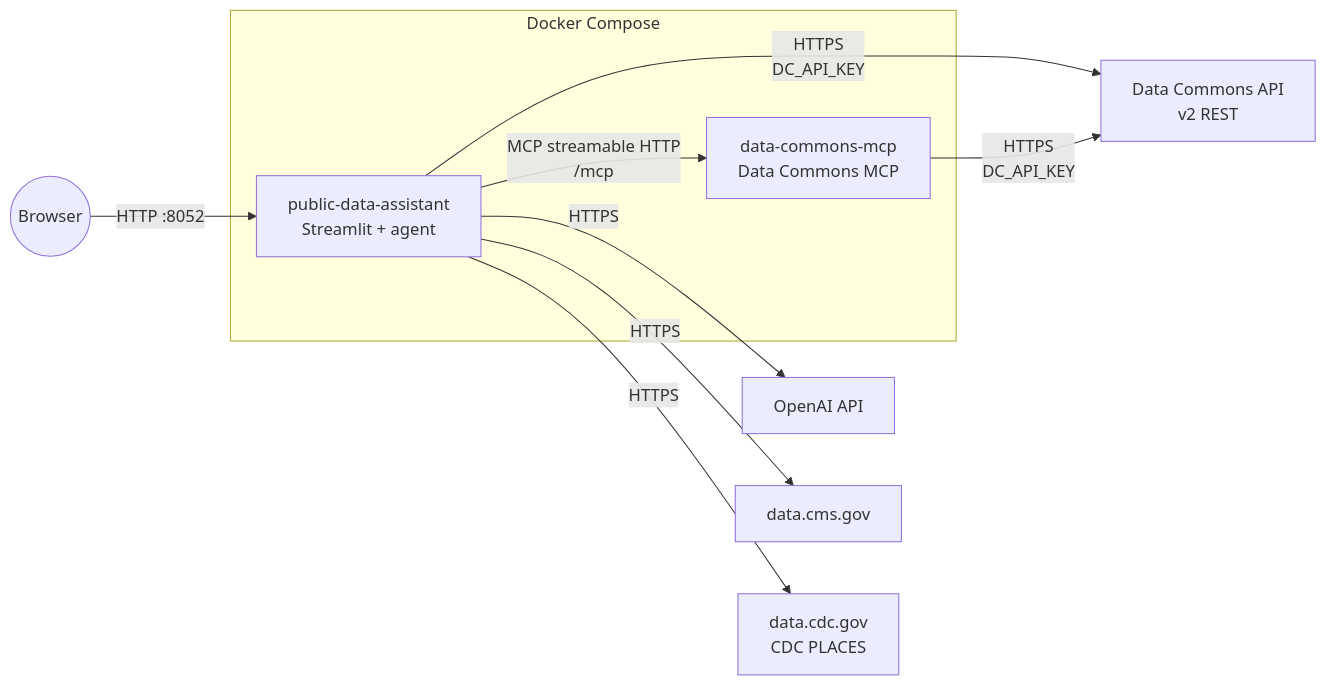
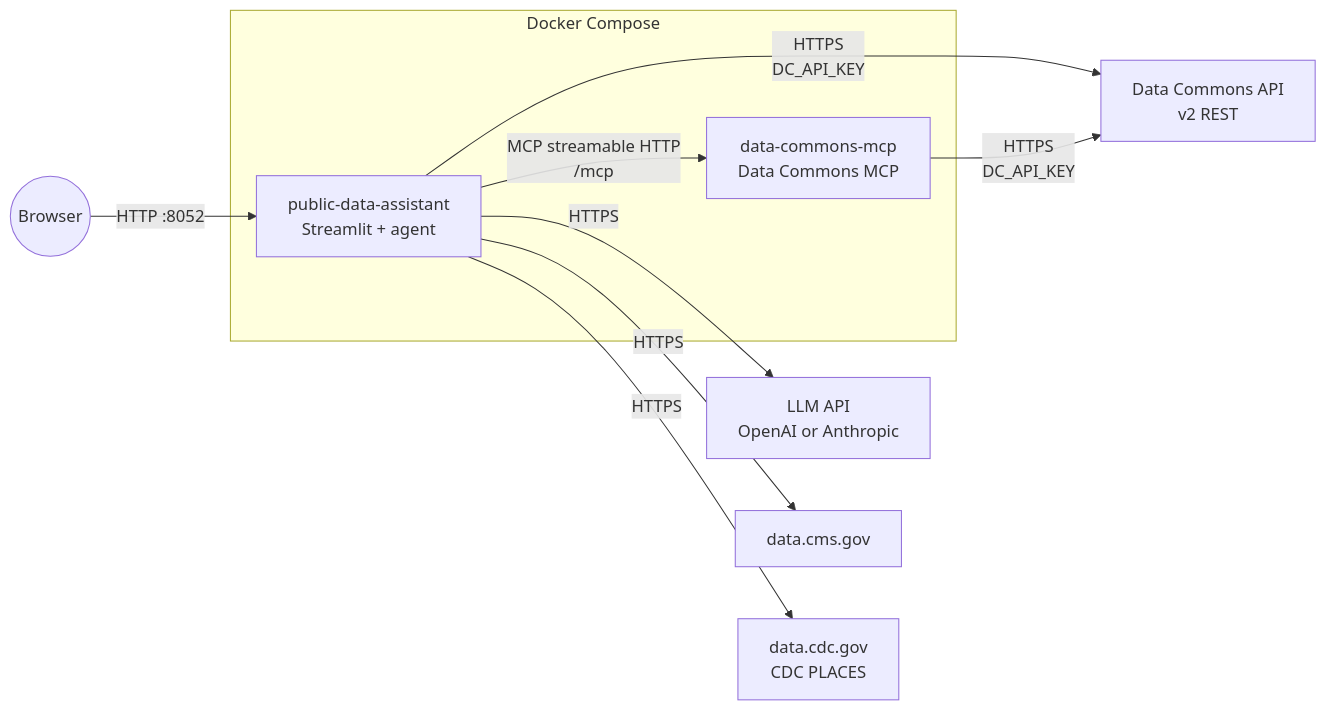
The first of 2 diagrams in documentation/architecture.md (SocialHealthAI/SDoH-Public-Data-Assistant), drawn with Mermaid before and after one commit. The commit also changed other lines of this file and 134 other files, not shown here.

````diff
--- a/documentation/architecture.md
+++ b/documentation/architecture.md
@@ -9,21 +9,21 @@
 ```mermaid
 flowchart LR
   subgraph Docker_Compose["Docker Compose"]
     DC["public-data-assistant<br/>Streamlit + agent"]
     MCP["data-commons-mcp<br/>Data Commons MCP"]
   end
 
   Browser((Browser))
-  OpenAI["OpenAI API"]
+  LLM["LLM API<br/>OpenAI or Anthropic"]
   DCAPI["Data Commons API<br/>v2 REST"]
   CMS["data.cms.gov"]
   PLACES["data.cdc.gov<br/>CDC PLACES"]
 
   Browser -- "HTTP :8052" --> DC
   DC -- "MCP streamable HTTP<br/>/mcp" --> MCP
-  DC -- "HTTPS" --> OpenAI
+  DC -- "HTTPS" --> LLM
   DC -- "HTTPS<br/>DC_API_KEY" --> DCAPI
   DC -- "HTTPS" --> CMS
   DC -- "HTTPS" --> PLACES
   MCP -- "HTTPS<br/>DC_API_KEY" --> DCAPI
 ```
````
